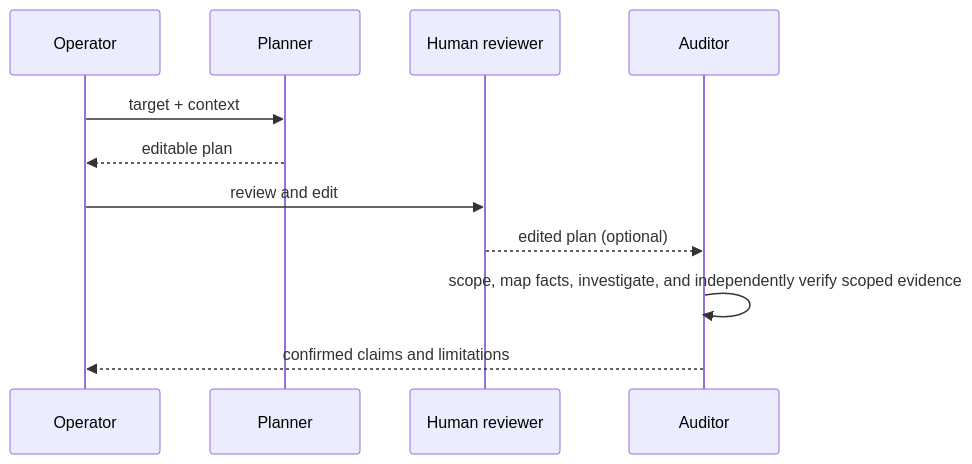
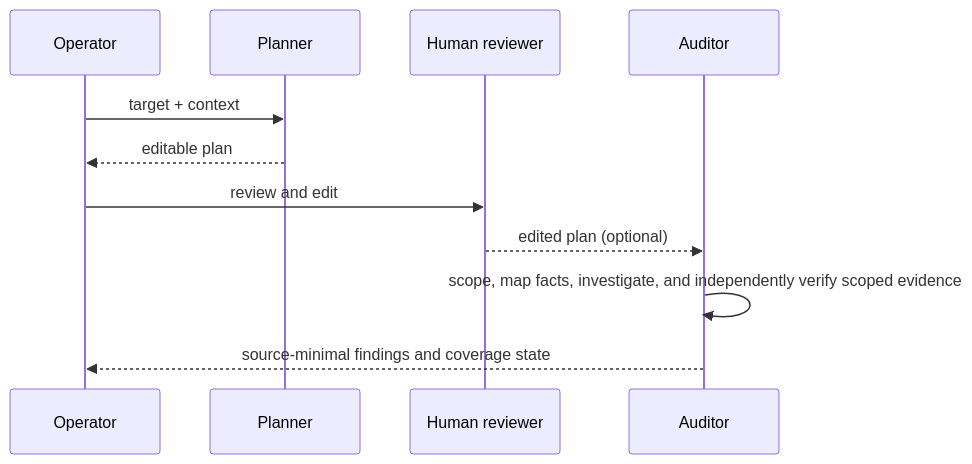
One commit to sebastianwessel/audit changed the diagram in docs/03-concepts/two-stage-model.md. Above: the diagram before and after it, drawn with Mermaid. The commit also changed other lines of this file and 2199 other files, not shown here.

Commit message:
refactor: establish audit architecture baseline

```diff
--- a/docs/03-concepts/two-stage-model.md
+++ b/docs/03-concepts/two-stage-model.md
@@ -23,13 +23,13 @@
 ~~~mermaid
 sequenceDiagram
   participant O as Operator
   participant P as Planner
   participant H as Human reviewer
   participant A as Auditor
   O->>P: target + context
   P-->>O: editable plan
   O->>H: review and edit
   H-->>A: edited plan (optional)
   A->>A: scope, map facts, investigate, and independently verify scoped evidence
-  A-->>O: confirmed claims and limitations
+  A-->>O: source-minimal findings and coverage state
 ~~~
```
